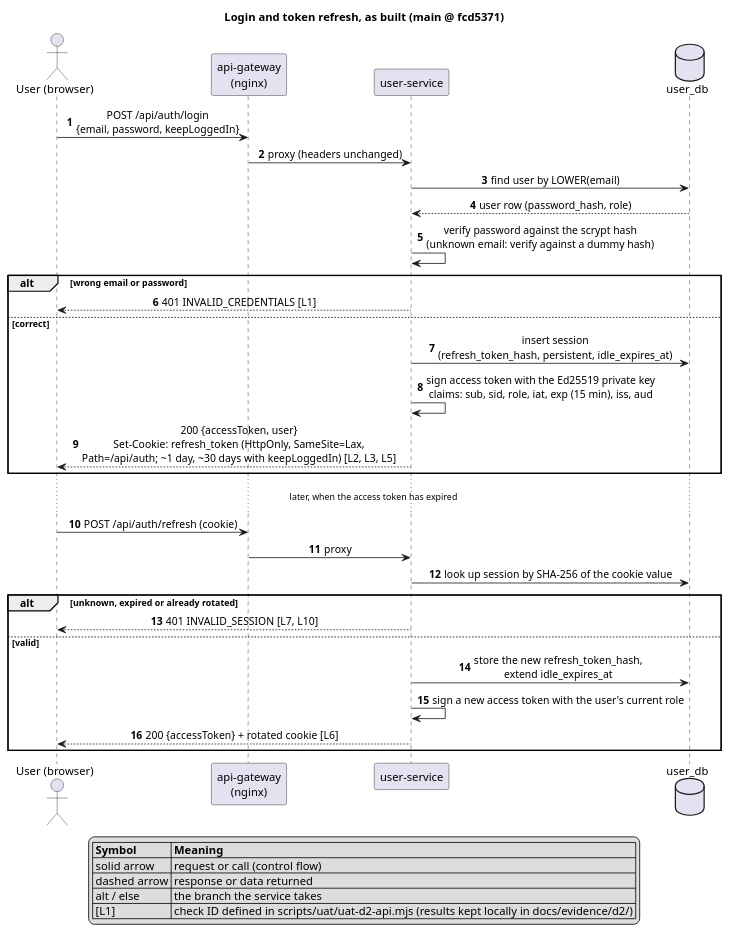
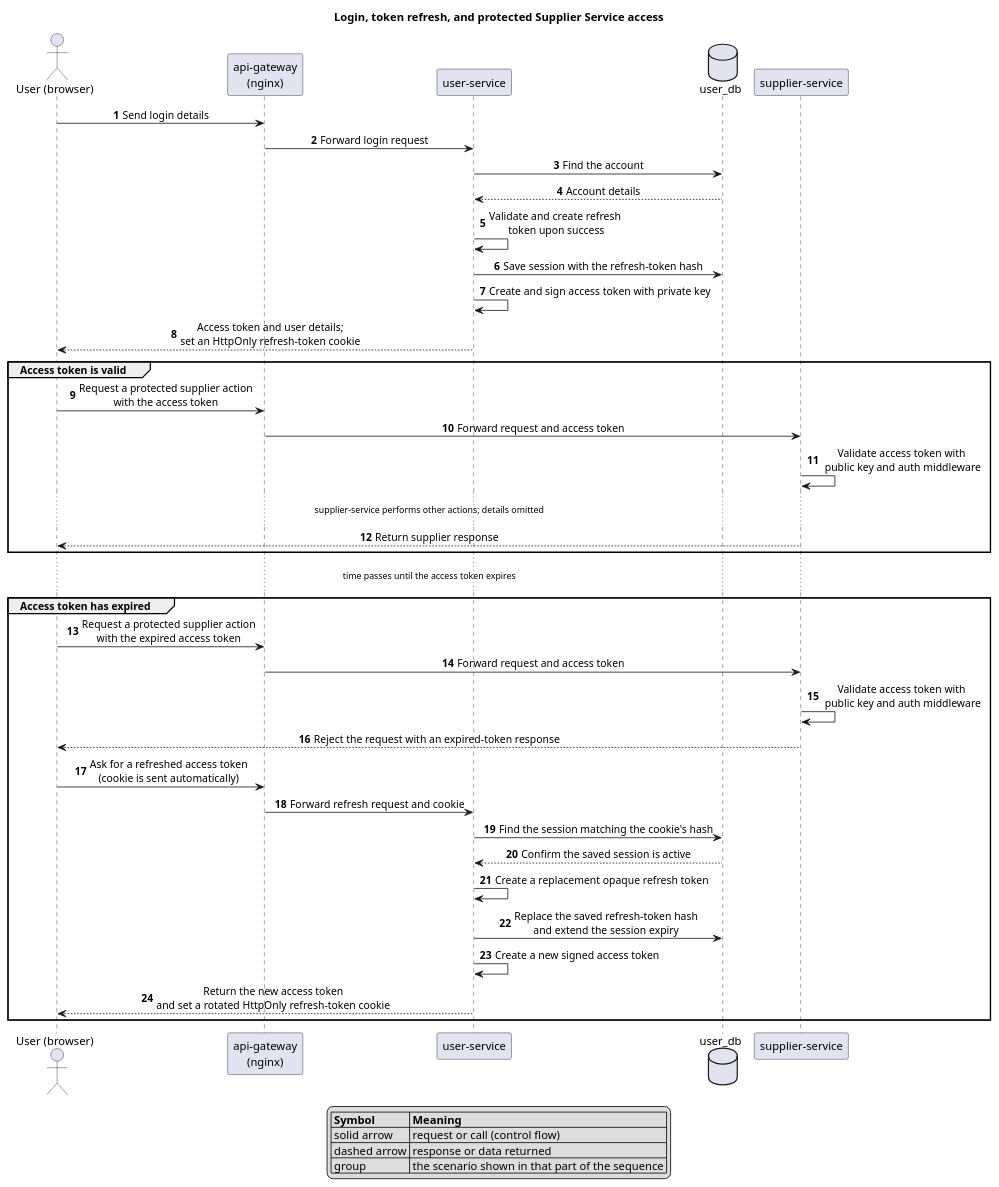
Before and after one commit to AY2627S1-CS3219-P25/friend-on-campus: the diagram in docs/diagrams/auth-login.puml, drawn with PlantUML. The commit also changed other lines of this file and 1 other file, not shown here.

Commit message:
Update puml for auth and components

```diff
--- a/docs/diagrams/auth-login.puml
+++ b/docs/diagrams/auth-login.puml
@@ -7,45 +17,54 @@
 @startuml auth-login
-title Login and token refresh, as built (main @ fcd5371)
+title Login, token refresh, and protected Supplier Service access
 skinparam shadowing false
 skinparam sequenceMessageAlign center
 autonumber
 
 actor "User (browser)" as U
 participant "api-gateway\n(nginx)" as GW
 participant "user-service" as US
 database "user_db" as DB
+participant "supplier-service" as SS
 
-U -> GW : POST /api/auth/login\n{email, password, keepLoggedIn}
-GW -> US : proxy (headers unchanged)
-US -> DB : find user by LOWER(email)
-DB --> US : user row (password_hash, role)
-US -> US : verify password against the scrypt hash\n(unknown email: verify against a dummy hash)
-alt wrong email or password
-  US --> U : 401 INVALID_CREDENTIALS [L1]
-else correct
-  US -> DB : insert session\n(refresh_token_hash, persistent, idle_expires_at)
-  US -> US : sign access token with the Ed25519 private key\nclaims: sub, sid, role, iat, exp (15 min), iss, aud
-  US --> U : 200 {accessToken, user}\nSet-Cookie: refresh_token (HttpOnly, SameSite=Lax,\nPath=/api/auth; ~1 day, ~30 days with keepLoggedIn) [L2, L3, L5]
+U -> GW : Send login details
+GW -> US : Forward login request
+US -> DB : Find the account
+DB --> US : Account details
+US -> US : Validate and create refresh \ntoken upon success
+US -> DB : Save session with the refresh-token hash
+US -> US : Create and sign access token with private key
+US --> U : Access token and user details;\nset an HttpOnly refresh-token cookie
+
+group Access token is valid
+  U -> GW : Request a protected supplier action\nwith the access token
+  GW -> SS : Forward request and access token
+  SS -> SS : Validate access token with\n public key and auth middleware
+  ... supplier-service performs other actions; details omitted ...
+  SS --> U : Return supplier response
 end
 
-... later, when the access token has expired ...
+... time passes until the access token expires ...
 
-U -> GW : POST /api/auth/refresh (cookie)
-GW -> US : proxy
-US -> DB : look up session by SHA-256 of the cookie value
-alt unknown, expired or already rotated
-  US --> U : 401 INVALID_SESSION [L7, L10]
-else valid
-  US -> DB : store the new refresh_token_hash,\nextend idle_expires_at
-  US -> US : sign a new access token with the user's current role
-  US --> U : 200 {accessToken} + rotated cookie [L6]
+group Access token has expired
+  U -> GW : Request a protected supplier action\nwith the expired access token
+  GW -> SS : Forward request and access token
+  SS -> SS : Validate access token with\n public key and auth middleware
+  SS --> U : Reject the request with an expired-token response
+
+  U -> GW : Ask for a refreshed access token\n(cookie is sent automatically)
+  GW -> US : Forward refresh request and cookie
+  US -> DB : Find the session matching the cookie's hash
+  DB --> US : Confirm the saved session is active
+  US -> US : Create a replacement opaque refresh token
+  US -> DB : Replace the saved refresh-token hash\nand extend the session expiry
+  US -> US : Create a new signed access token
+  US --> U : Return the new access token\nand set a rotated HttpOnly refresh-token cookie
 end
 
 legend bottom
   |= Symbol |= Meaning |
   | solid arrow | request or call (control flow) |
   | dashed arrow | response or data returned |
-  | alt / else | the branch the service takes |
-  | [L1] | check ID defined in scripts/uat/uat-d2-api.mjs (results kept locally in docs/evidence/d2/) |
+  | group | the scenario shown in that part of the sequence |
 endlegend
 @enduml
```
